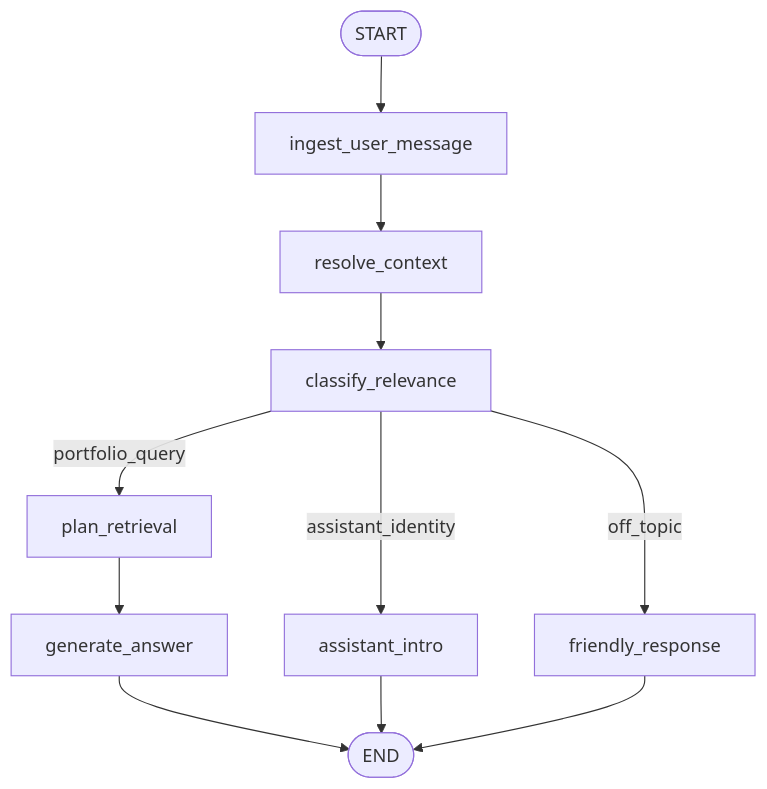
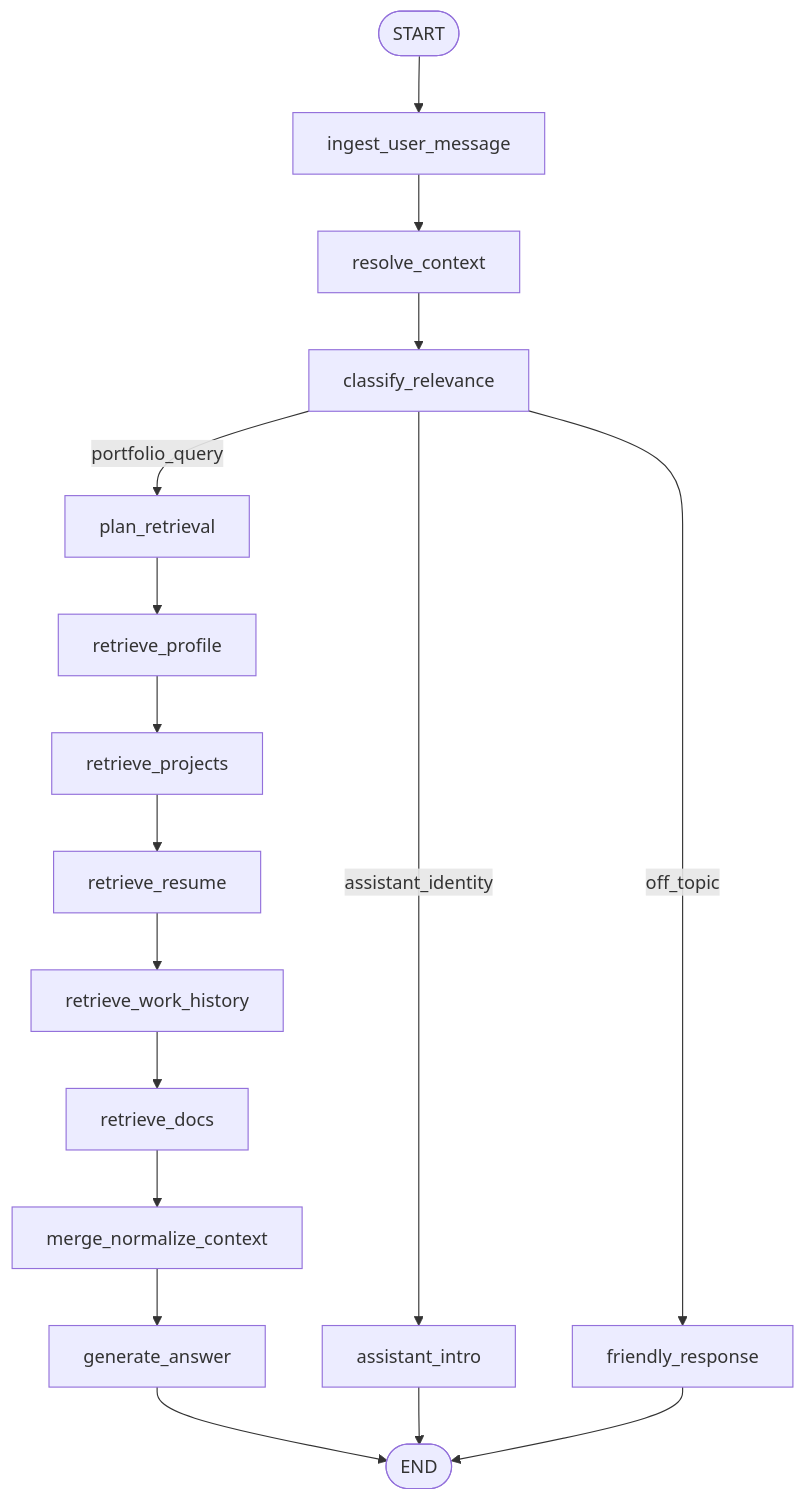
The second of 2 diagrams in LANGGRAPH_ARCHITECTURE.md (yubi00/portfolio-assistant-langgraph), drawn with Mermaid before and after one commit. The commit also changed other lines of this file and 15 other files, not shown here.

````diff
--- a/LANGGRAPH_ARCHITECTURE.md
+++ b/LANGGRAPH_ARCHITECTURE.md
@@ -58,15 +58,21 @@
 ```mermaid
 flowchart TD
     START([START]) --> Ingest[ingest_user_message]
     Ingest --> Resolve[resolve_context]
     Resolve --> Classify[classify_relevance]
 
     Classify -->|portfolio_query| Plan[plan_retrieval]
     Classify -->|assistant_identity| Intro[assistant_intro]
     Classify -->|off_topic| Friendly[friendly_response]
 
-    Plan --> Answer[generate_answer]
+    Plan --> Profile[retrieve_profile]
+    Profile --> Projects[retrieve_projects]
+    Projects --> Resume[retrieve_resume]
+    Resume --> Work[retrieve_work_history]
+    Work --> Docs[retrieve_docs]
+    Docs --> Merge[merge_normalize_context]
+    Merge --> Answer[generate_answer]
     Answer --> END([END])
     Intro --> END
     Friendly --> END
 ```
````
